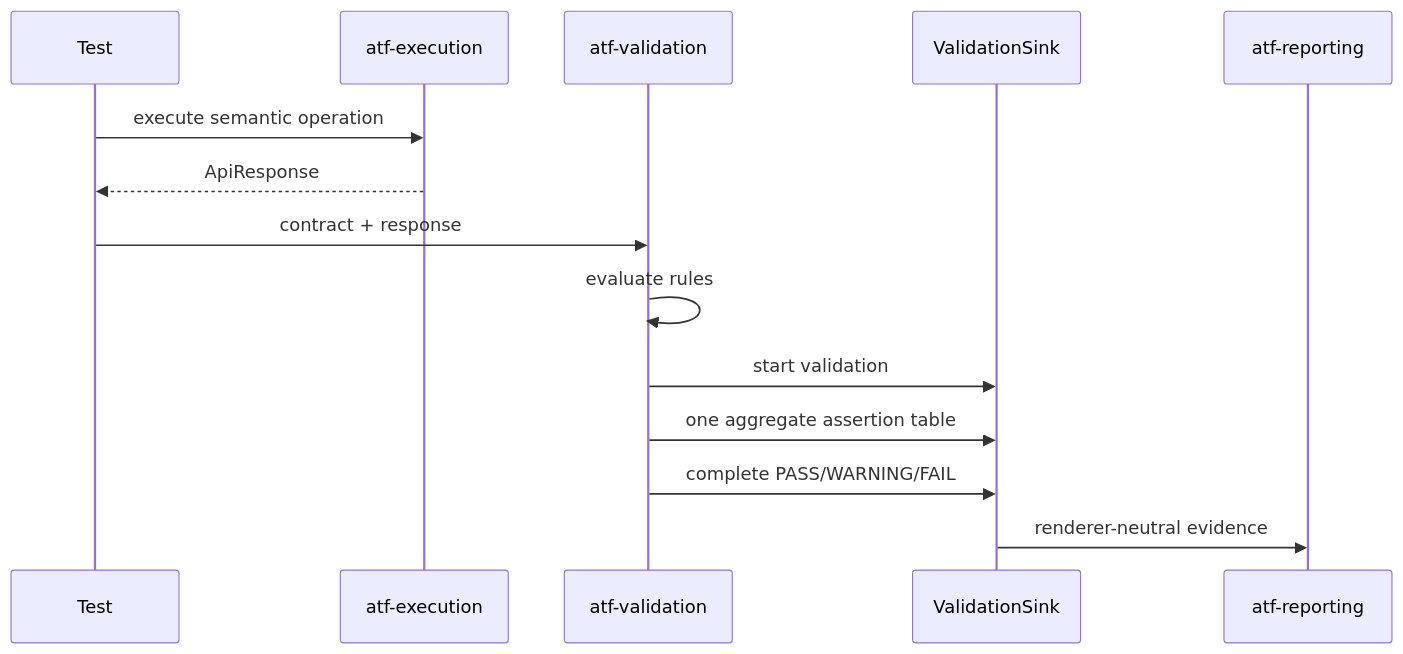
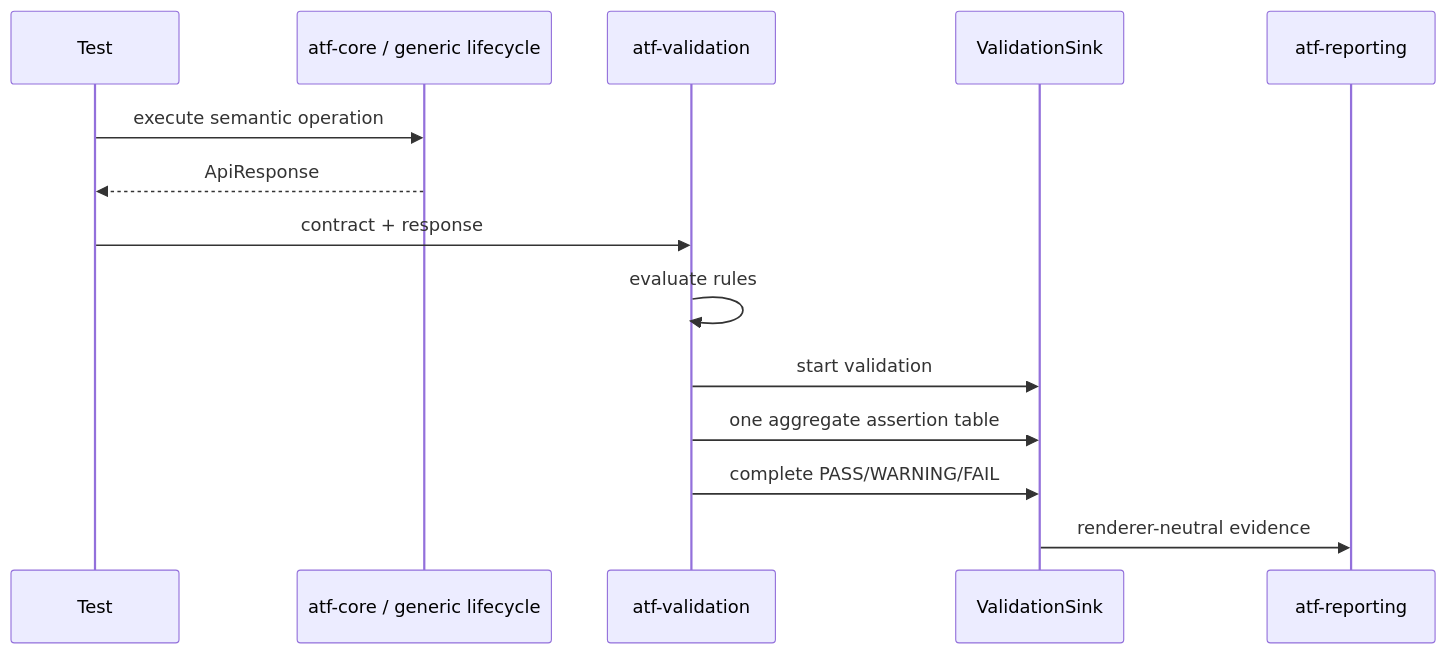
The second of 2 diagrams in atf-validation/README.md (crististefanita/demo2), drawn with Mermaid before and after one commit. The commit also changed other lines of this file and 894 other files, not shown here.

````diff
--- a/atf-validation/README.md
+++ b/atf-validation/README.md
@@ -82,17 +98,17 @@
 ```mermaid
 sequenceDiagram
     participant T as Test
-    participant E as atf-execution
+    participant E as atf-core / generic lifecycle
     participant V as atf-validation
     participant S as ValidationSink
     participant R as atf-reporting
 
     T->>E: execute semantic operation
     E-->>T: ApiResponse
     T->>V: contract + response
     V->>V: evaluate rules
     V->>S: start validation
     V->>S: one aggregate assertion table
     V->>S: complete PASS/WARNING/FAIL
     S->>R: renderer-neutral evidence
 ```
````
